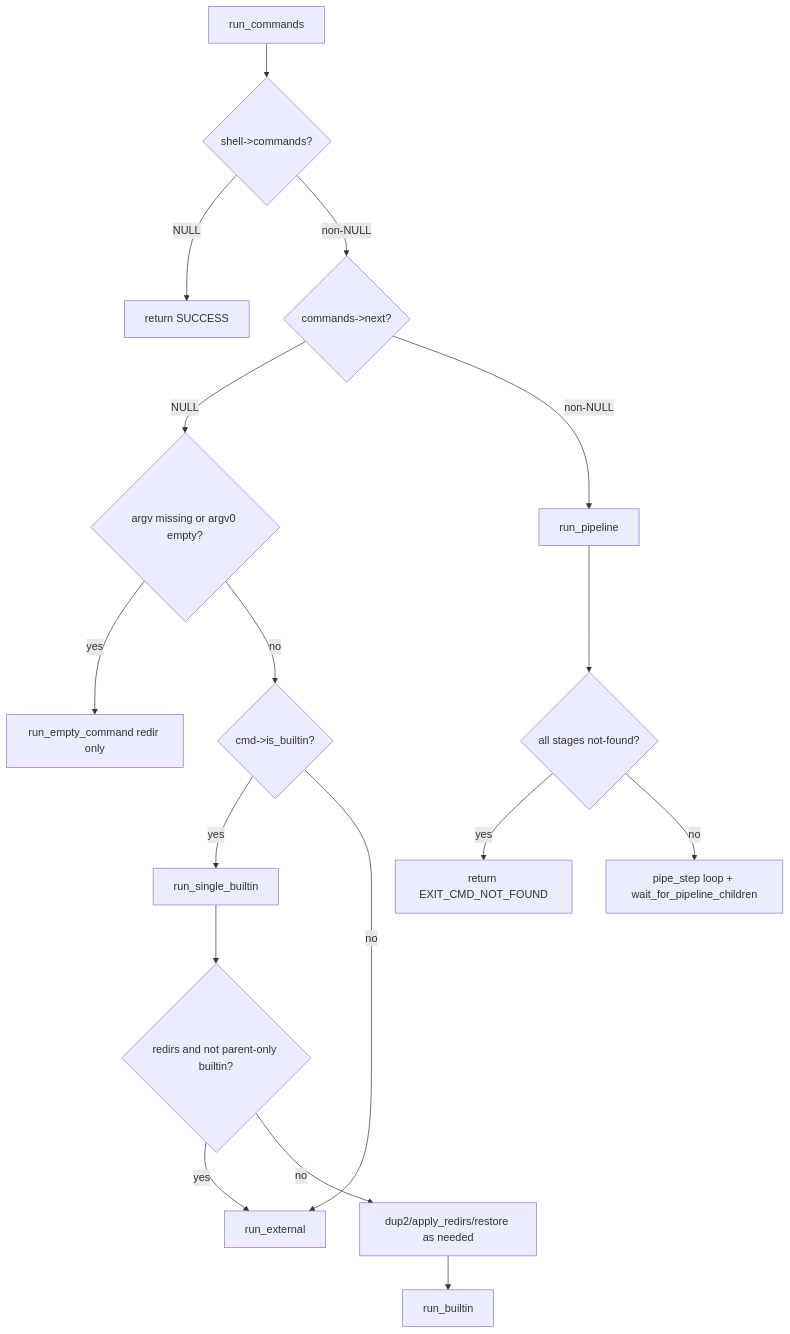
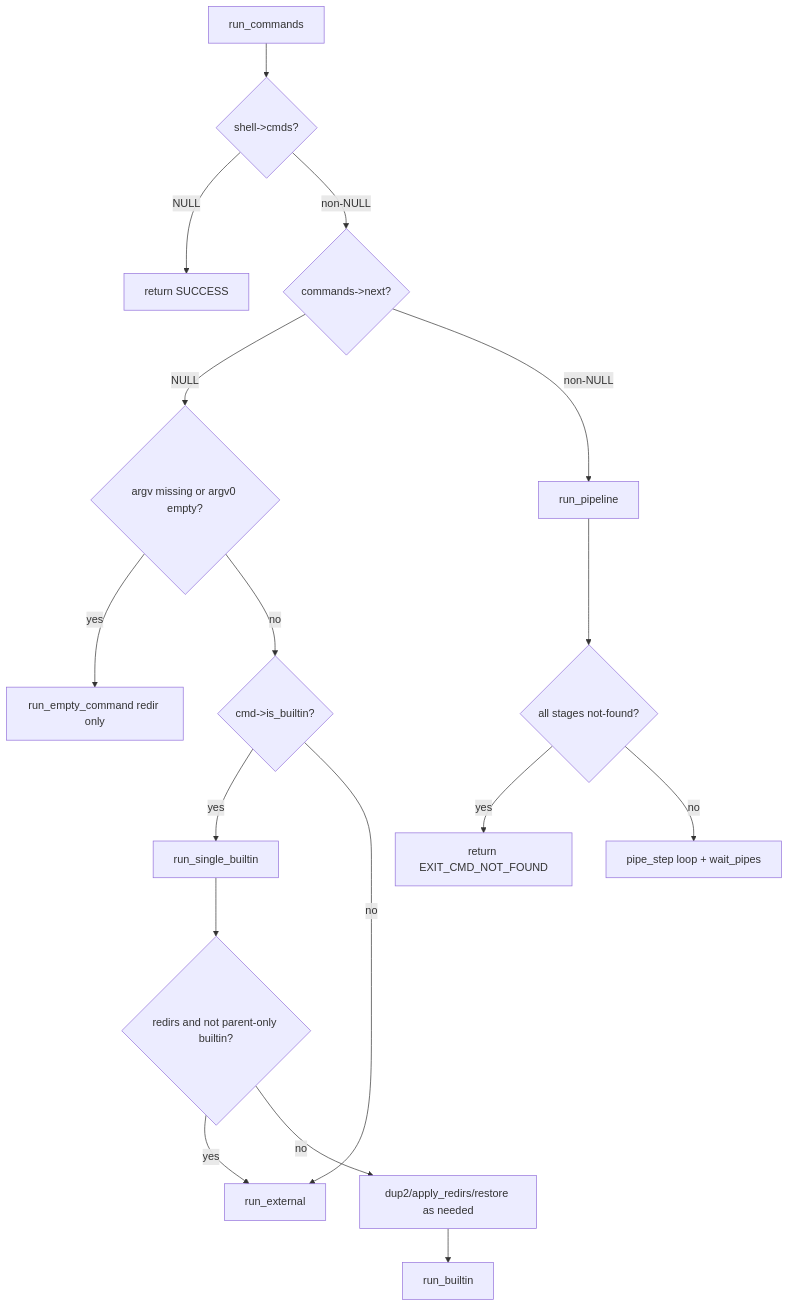
One commit to gkhavari/minishell changed diagram 11 of 14 in docs/MINISHELL_ARCHITECTURE.md. Above: the diagram before and after it, drawn with Mermaid. The commit also changed other lines of this file and 56 other files, not shown here.

````diff
--- a/docs/MINISHELL_ARCHITECTURE.md
+++ b/docs/MINISHELL_ARCHITECTURE.md
@@ -786,20 +786,20 @@
 ```mermaid
 flowchart TD
     EC[run_commands]
-    EC --> NO_CMD{shell->commands?}
+    EC --> NO_CMD{shell->cmds?}
     NO_CMD -->|NULL| R0[return SUCCESS]
     NO_CMD -->|non-NULL| ONE{commands->next?}
     ONE -->|NULL| EMP{argv missing or argv0 empty?}
     EMP -->|yes| EMPTY[run_empty_command redir only]
     EMP -->|no| BUILTIN{cmd->is_builtin?}
     BUILTIN -->|yes| RB[run_single_builtin]
     BUILTIN -->|no| EXT[run_external]
     RB --> RBX{redirs and not parent-only builtin?}
     RBX -->|yes| EXT
     RBX -->|no| RBP[dup2/apply_redirs/restore as needed]
     RBP --> RUNB[run_builtin]
     ONE -->|non-NULL| PIPE[run_pipeline]
     PIPE --> NF{all stages not-found?}
     NF -->|yes| R127[return EXIT_CMD_NOT_FOUND]
-    NF -->|no| FORK[pipe_step loop + wait_for_pipeline_children]
+    NF -->|no| FORK[pipe_step loop + wait_pipes]
 ```
````
